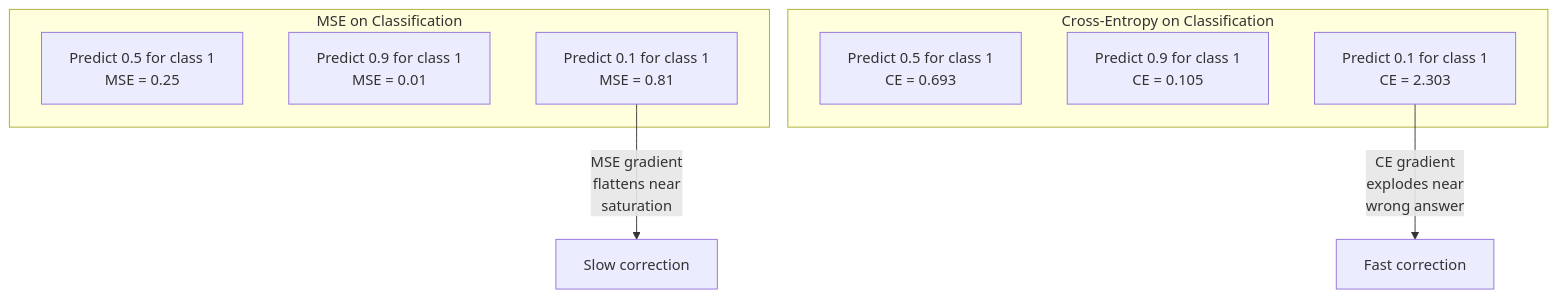
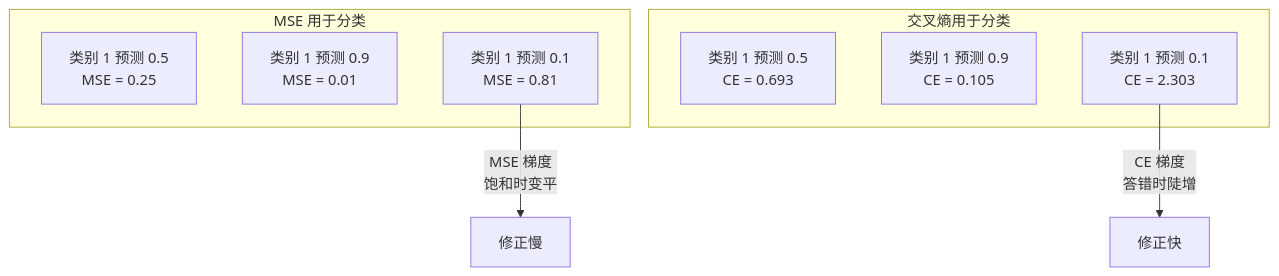
The first of 3 diagrams in phases/03-deep-learning-core/05-loss-functions/docs/zh.md (alessandrodinisio-ai/ai-engineering-learning-framework), drawn with Mermaid before and after one commit. The commit also changed other lines of this file and 120 other files, not shown here.

First line of the commit message:
i18n(mermaid): 337 个 mermaid 图表标签中文化

````diff
--- a/phases/03-deep-learning-core/05-loss-functions/docs/zh.md
+++ b/phases/03-deep-learning-core/05-loss-functions/docs/zh.md
@@ -83,15 +83,15 @@
 ```mermaid
 graph TD
-    subgraph "MSE on Classification"
-        P1["Predict 0.5 for class 1<br/>MSE = 0.25"]
-        P2["Predict 0.9 for class 1<br/>MSE = 0.01"]
-        P3["Predict 0.1 for class 1<br/>MSE = 0.81"]
+    subgraph "MSE 用于分类"
+        P1["类别 1 预测 0.5<br/>MSE = 0.25"]
+        P2["类别 1 预测 0.9<br/>MSE = 0.01"]
+        P3["类别 1 预测 0.1<br/>MSE = 0.81"]
     end
-    subgraph "Cross-Entropy on Classification"
-        C1["Predict 0.5 for class 1<br/>CE = 0.693"]
-        C2["Predict 0.9 for class 1<br/>CE = 0.105"]
-        C3["Predict 0.1 for class 1<br/>CE = 2.303"]
+    subgraph "交叉熵用于分类"
+        C1["类别 1 预测 0.5<br/>CE = 0.693"]
+        C2["类别 1 预测 0.9<br/>CE = 0.105"]
+        C3["类别 1 预测 0.1<br/>CE = 2.303"]
     end
-    P3 -->|"MSE gradient<br/>flattens near<br/>saturation"| Slow["Slow correction"]
-    C3 -->|"CE gradient<br/>explodes near<br/>wrong answer"| Fast["Fast correction"]
+    P3 -->|"MSE 梯度<br/>饱和时变平"| Slow["修正慢"]
+    C3 -->|"CE 梯度<br/>答错时陡增"| Fast["修正快"]
 ```
````
